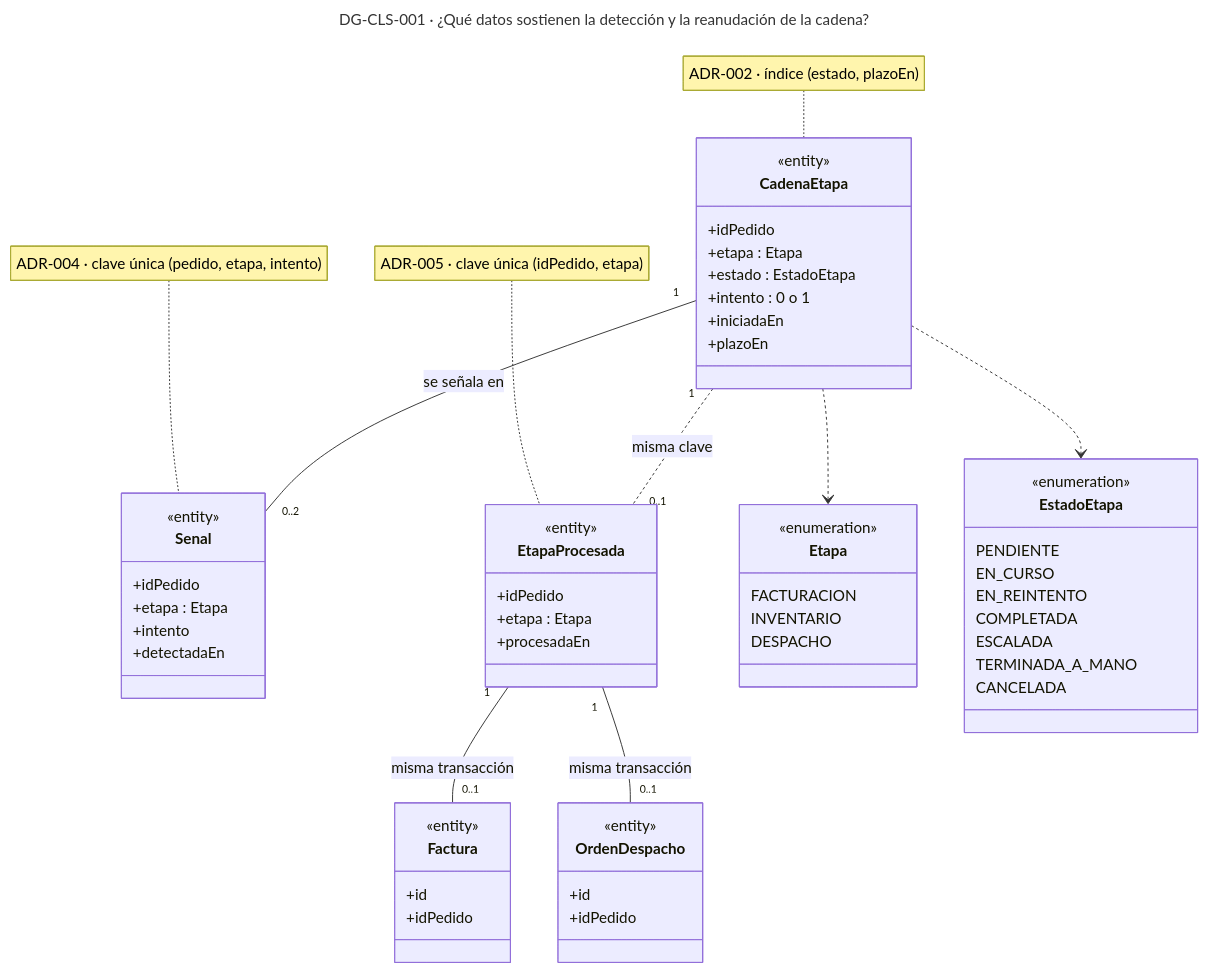
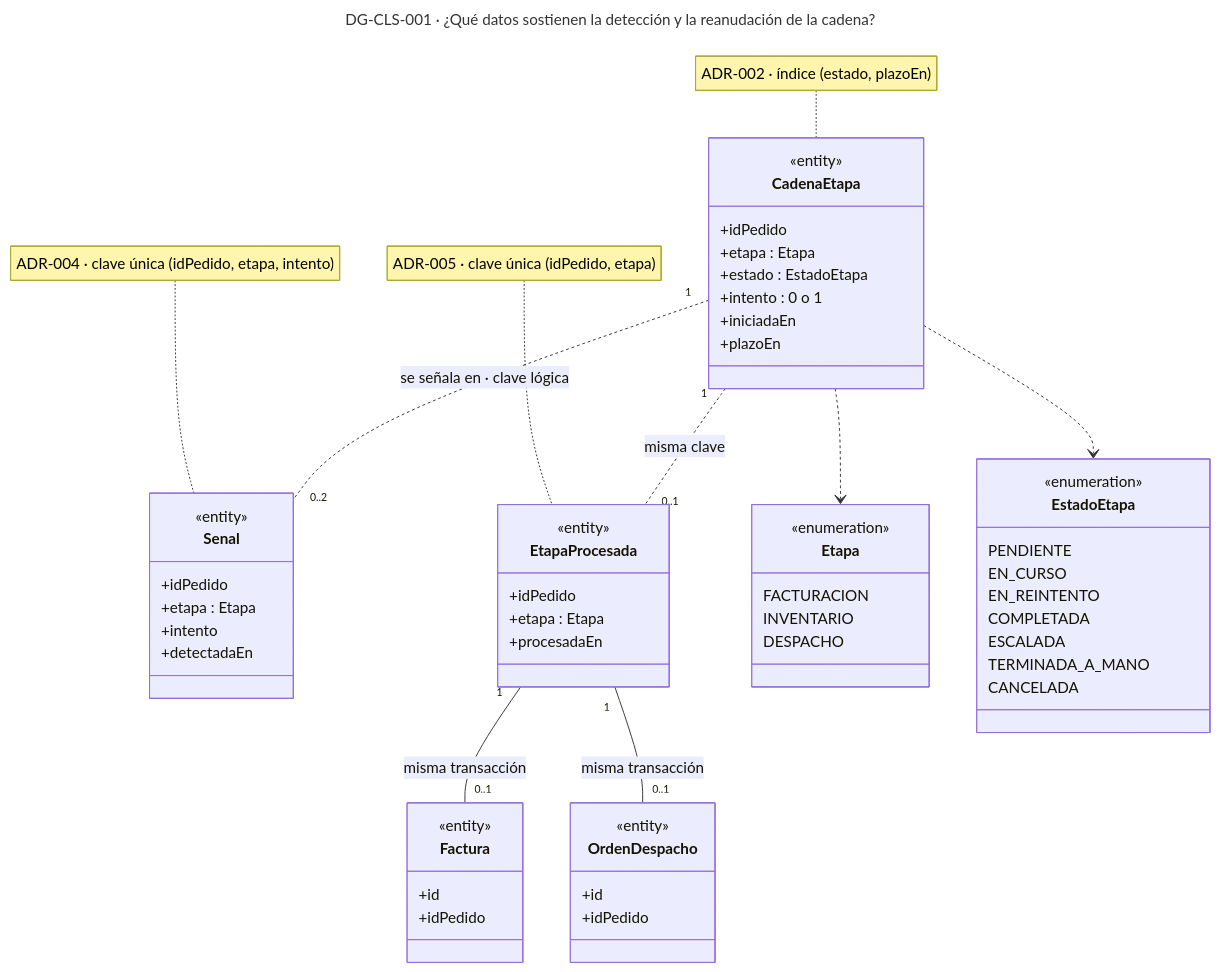
The first of 3 diagrams in docs/modelos/vista-informacion.md (MATI-MBIT/arqsoft-reto-2), drawn with Mermaid before and after one commit. The commit also changed other lines of this file and 58 other files, not shown here.

First line of the commit message:
Reemplaza los diagramas v6 por la v7 con draw.io como fuente

````diff
--- a/docs/modelos/vista-informacion.md
+++ b/docs/modelos/vista-informacion.md
@@ -46,69 +57,69 @@
 ```mermaid
 ---
 title: "DG-CLS-001 · ¿Qué datos sostienen la detección y la reanudación de la cadena?"
 config:
   layout: dagre
   theme: default
   look: classic
 ---
 %% id: DG-CLS-001 | tipo: clases | asr: [ASR-3, ASR-4] | adr: [ADR-002, ADR-004, ADR-005] | estado: propuesta
-%% leyenda: documento
+%% leyenda: documento · copia del original en drawio/vista-informacion.drawio · los marcos de base no tienen equivalente en Mermaid
 classDiagram
     class CadenaEtapa {
         <<entity>>
         +idPedido
         +etapa : Etapa
         +estado : EstadoEtapa
         +intento : 0 o 1
         +iniciadaEn
         +plazoEn
     }
     class Senal {
         <<entity>>
         +idPedido
         +etapa : Etapa
         +intento
         +detectadaEn
     }
     class EtapaProcesada {
         <<entity>>
         +idPedido
         +etapa : Etapa
         +procesadaEn
     }
     class Factura {
         <<entity>>
         +id
         +idPedido
     }
     class OrdenDespacho {
         <<entity>>
         +id
         +idPedido
     }
     class Etapa {
         <<enumeration>>
         FACTURACION
         INVENTARIO
         DESPACHO
     }
     class EstadoEtapa {
         <<enumeration>>
         PENDIENTE
         EN_CURSO
         EN_REINTENTO
         COMPLETADA
         ESCALADA
         TERMINADA_A_MANO
         CANCELADA
     }
-    CadenaEtapa "1" -- "0..2" Senal : se señala en
+    CadenaEtapa "1" .. "0..2" Senal : se señala en · clave lógica
     CadenaEtapa "1" .. "0..1" EtapaProcesada : misma clave
     EtapaProcesada "1" -- "0..1" Factura : misma transacción
     EtapaProcesada "1" -- "0..1" OrdenDespacho : misma transacción
     CadenaEtapa ..> Etapa
     CadenaEtapa ..> EstadoEtapa
     note for CadenaEtapa "ADR-002 · índice (estado, plazoEn)"
     note for EtapaProcesada "ADR-005 · clave única (idPedido, etapa)"
-    note for Senal "ADR-004 · clave única (pedido, etapa, intento)"
+    note for Senal "ADR-004 · clave única (idPedido, etapa, intento)"
 ```
````
